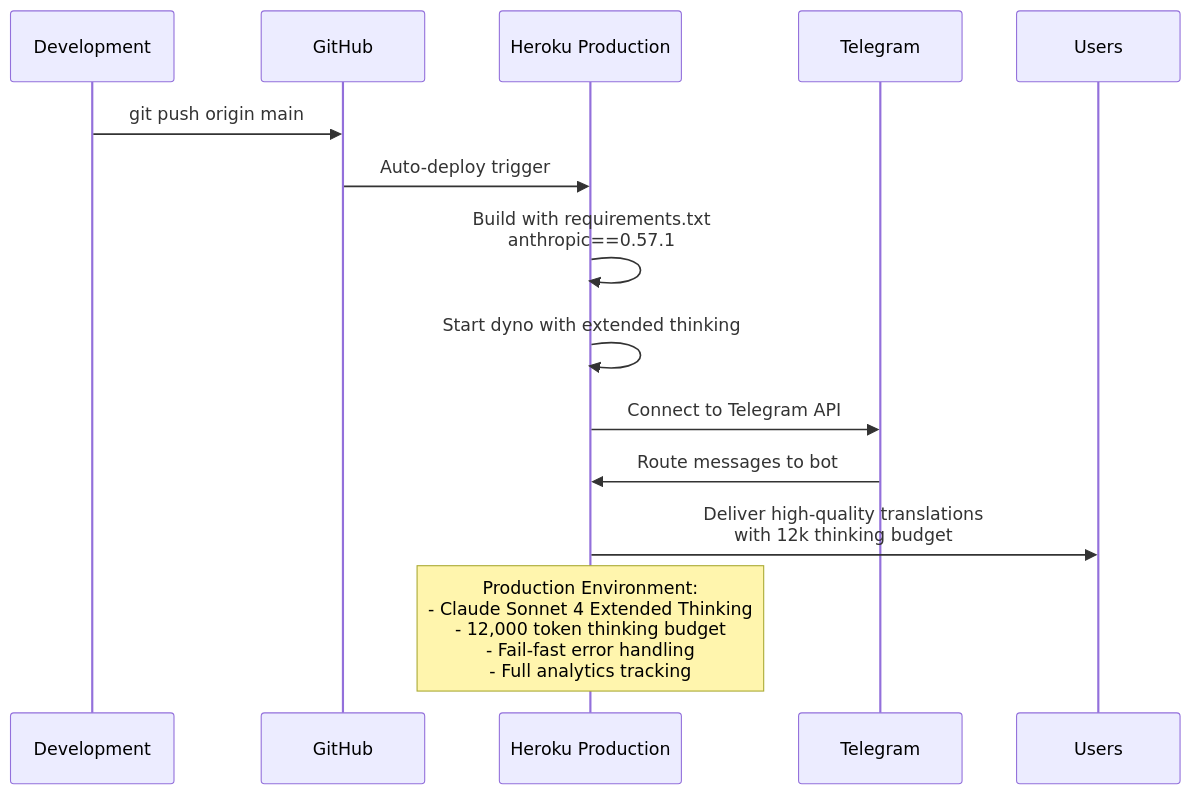
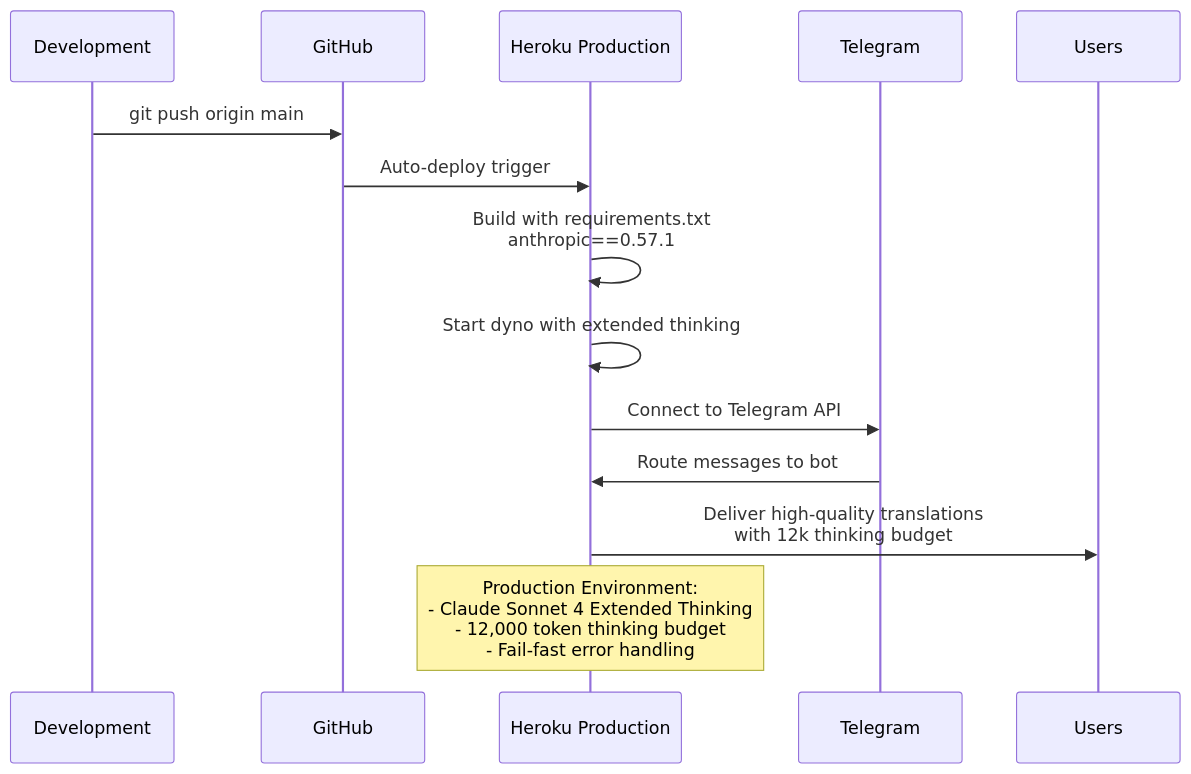
The fifth of 5 diagrams in docs/AI-TRANSLATION.md (segalmax/telegram_zoomer), drawn with Mermaid before and after one commit. The commit also changed other lines of this file and 6 other files, not shown here.

````diff
--- a/docs/AI-TRANSLATION.md
+++ b/docs/AI-TRANSLATION.md
@@ -593,18 +180,18 @@
 ```mermaid
 sequenceDiagram
     participant DEV as Development
     participant GIT as GitHub
     participant HEROKU as Heroku Production
     participant TG as Telegram
     participant USERS as Users
 
     DEV->>GIT: git push origin main
     GIT->>HEROKU: Auto-deploy trigger
     HEROKU->>HEROKU: Build with requirements.txt<br/>anthropic==0.57.1
     HEROKU->>HEROKU: Start dyno with extended thinking
     HEROKU->>TG: Connect to Telegram API
     TG->>HEROKU: Route messages to bot
     HEROKU->>USERS: Deliver high-quality translations<br/>with 12k thinking budget
     
-    Note over HEROKU: Production Environment:<br/>- Claude Sonnet 4 Extended Thinking<br/>- 12,000 token thinking budget<br/>- Fail-fast error handling<br/>- Full analytics tracking
+    Note over HEROKU: Production Environment:<br/>- Claude Sonnet 4 Extended Thinking<br/>- 12,000 token thinking budget<br/>- Fail-fast error handling
 ```
````
